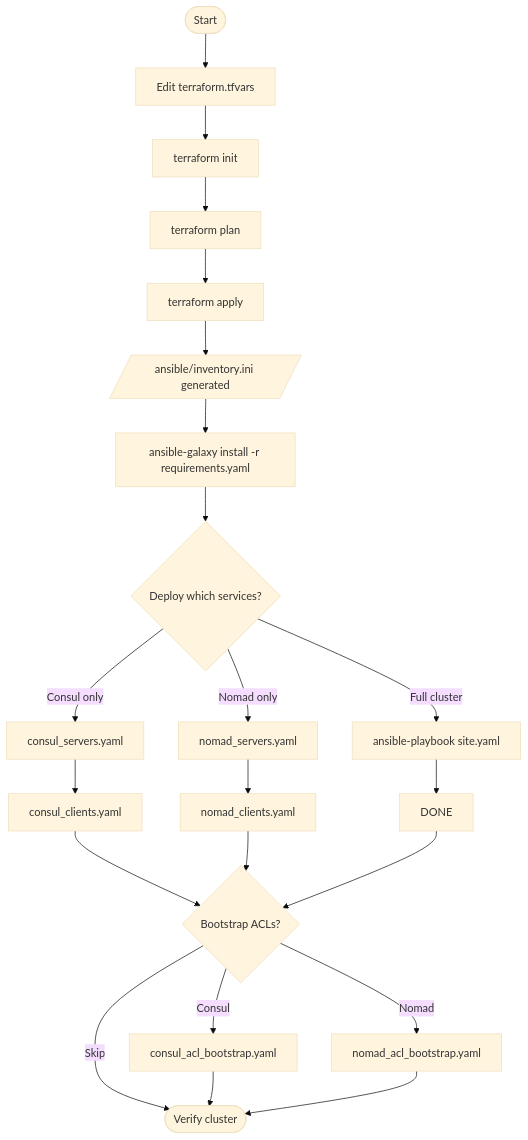
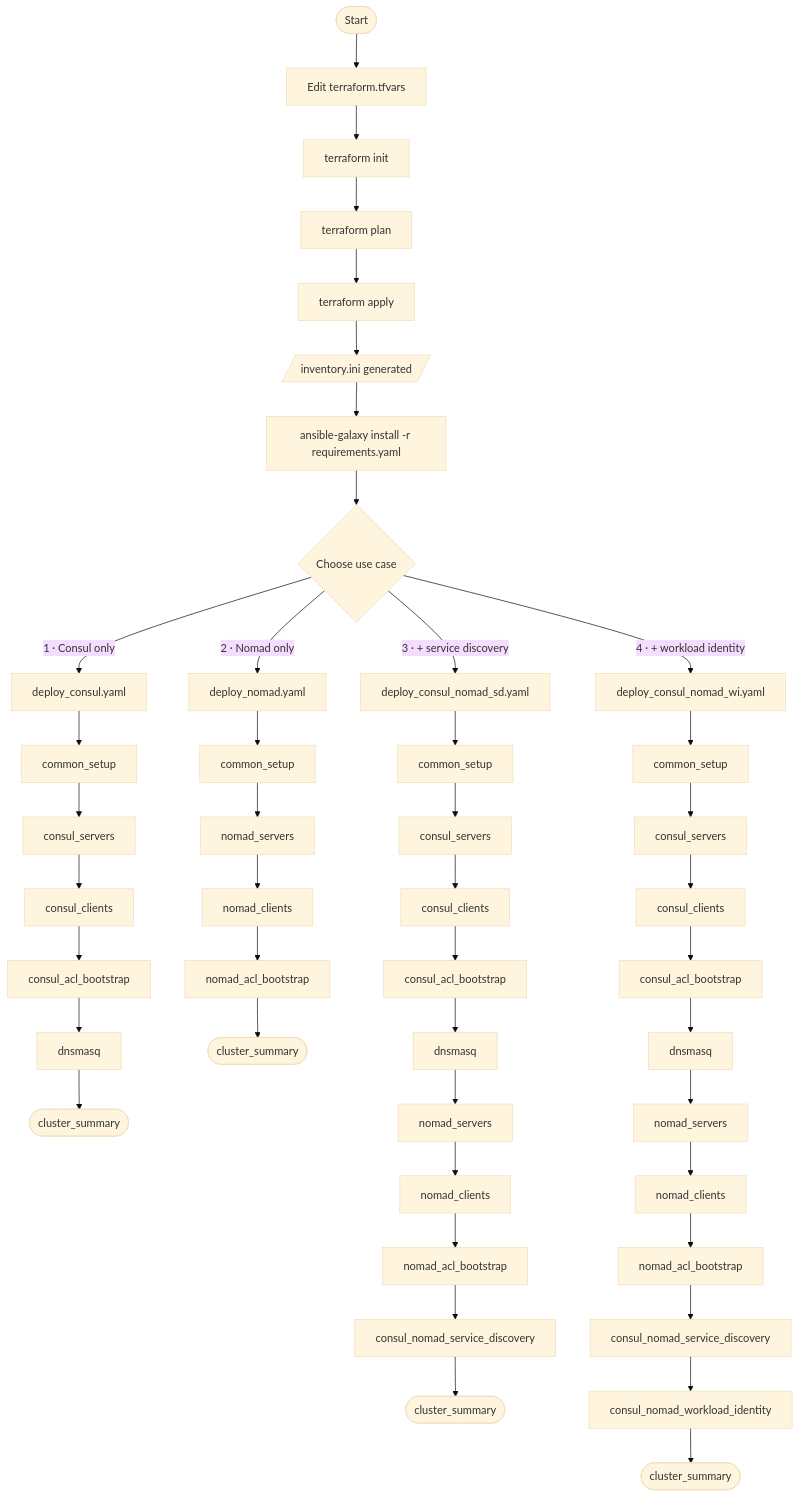
The diagram in DEPLOY_CLUSTER_GUIDE.md (aimeeu/nomad-infra), drawn with Mermaid (base theme) before and after one commit. The commit also changed other lines of this file and 10 other files, not shown here.

Commit message:
update readme to remove site.yaml

````diff
--- a/DEPLOY_CLUSTER_GUIDE.md
+++ b/DEPLOY_CLUSTER_GUIDE.md
@@ -12,29 +12,51 @@
 ```mermaid
 flowchart TD
-    A([Start]) --> B[Edit terraform.tfvars]
-    B --> C[terraform init]
-    C --> D[terraform plan]
-    D --> E[terraform apply]
-    E --> F[/ansible/inventory.ini generated/]
-    F --> G[ansible-galaxy install -r requirements.yaml]
-    G --> H{Deploy which services?}
+    START([Start]) --> TF1[Edit terraform.tfvars]
+    TF1 --> TF2[terraform init]
+    TF2 --> TF3[terraform plan]
+    TF3 --> TF4[terraform apply]
+    TF4 --> INV[/inventory.ini generated/]
+    INV --> DEPS[ansible-galaxy install -r requirements.yaml]
+    DEPS --> PICK{Choose use case}
 
-    H -->|Full cluster| I[ansible-playbook site.yaml]
-    H -->|Consul only| CS[consul_servers.yaml]
-    H -->|Nomad only| NS[nomad_servers.yaml]
+    PICK -->|"1 · Consul only"| UC1[deploy_consul.yaml]
+    PICK -->|"2 · Nomad only"| UC2[deploy_nomad.yaml]
+    PICK -->|"3 · + service discovery"| UC3[deploy_consul_nomad_sd.yaml]
+    PICK -->|"4 · + workload identity"| UC4[deploy_consul_nomad_wi.yaml]
 
-    CS --> CC[consul_clients.yaml]
-    NS --> NC[nomad_clients.yaml]
-    I --> DONE
+    UC1 --> P1A[common_setup]
+    P1A --> P1B[consul_servers]
+    P1B --> P1C[consul_clients]
+    P1C --> P1D[consul_acl_bootstrap]
+    P1D --> P1E[dnsmasq]
+    P1E --> P1Z([cluster_summary])
 
-    CC --> ACLS{Bootstrap ACLs?}
-    NC --> ACLS
-    DONE --> ACLS
+    UC2 --> P2A[common_setup]
+    P2A --> P2B[nomad_servers]
+    P2B --> P2C[nomad_clients]
+    P2C --> P2D[nomad_acl_bootstrap]
+    P2D --> P2Z([cluster_summary])
 
-    ACLS -->|Consul| CACL[consul_acl_bootstrap.yaml]
-    ACLS -->|Nomad| NACL[nomad_acl_bootstrap.yaml]
-    ACLS -->|Skip| VERIFY
+    UC3 --> P3A[common_setup]
+    P3A --> P3B[consul_servers]
+    P3B --> P3C[consul_clients]
+    P3C --> P3D[consul_acl_bootstrap]
+    P3D --> P3E[dnsmasq]
+    P3E --> P3F[nomad_servers]
+    P3F --> P3G[nomad_clients]
+    P3G --> P3H[nomad_acl_bootstrap]
+    P3H --> P3I[consul_nomad_service_discovery]
+    P3I --> P3Z([cluster_summary])
 
-    CACL --> VERIFY([Verify cluster])
-    NACL --> VERIFY
+    UC4 --> P4A[common_setup]
+    P4A --> P4B[consul_servers]
+    P4B --> P4C[consul_clients]
+    P4C --> P4D[consul_acl_bootstrap]
+    P4D --> P4E[dnsmasq]
+    P4E --> P4F[nomad_servers]
+    P4F --> P4G[nomad_clients]
+    P4G --> P4H[nomad_acl_bootstrap]
+    P4H --> P4I[consul_nomad_service_discovery]
+    P4I --> P4J[consul_nomad_workload_identity]
+    P4J --> P4Z([cluster_summary])
 ```
````
